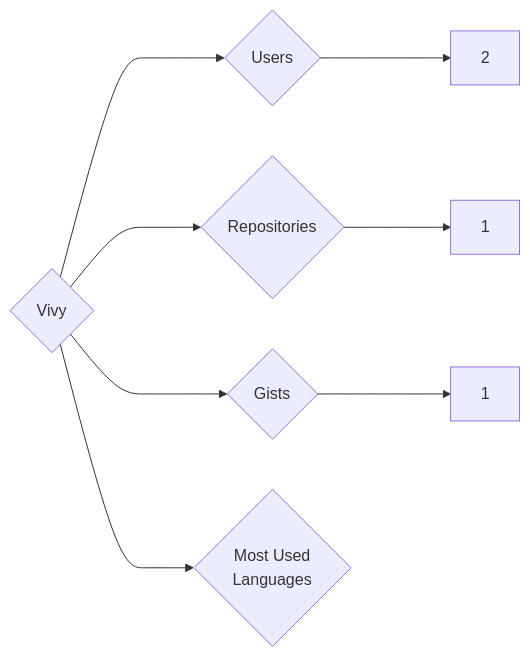
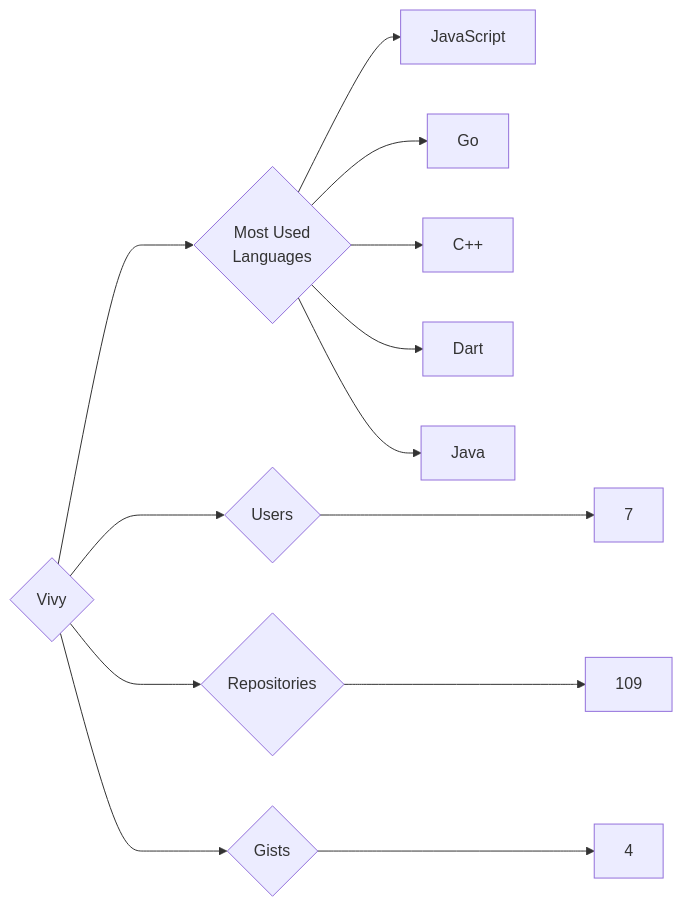
The diagram in targets/Vivy/README.md (trickest/insiders), drawn with Mermaid before and after one commit. The commit also changed 1011 other files, not shown here.

````diff
--- a/targets/Vivy/README.md
+++ b/targets/Vivy/README.md
@@ -3,8 +3,13 @@
 ```mermaid
 graph LR
 COMPANY_NAME{Vivy}
-COMPANY_NAME ---> U{Users} ---> UN[2]
-COMPANY_NAME ---> R{Repositories} ---> RN[1]
-COMPANY_NAME ---> G{Gists} ---> GN[1]
+COMPANY_NAME ---> U{Users} ---> UN[7]
+COMPANY_NAME ---> R{Repositories} ---> RN[109]
+COMPANY_NAME ---> G{Gists} ---> GN[4]
 COMPANY_NAME ---> ML{Most Used<br>Languages}
+ML --> JavaScript[JavaScript]
+ML --> Go[Go]
+ML --> C++[C++]
+ML --> Dart[Dart]
+ML --> Java[Java]
 ```
````
